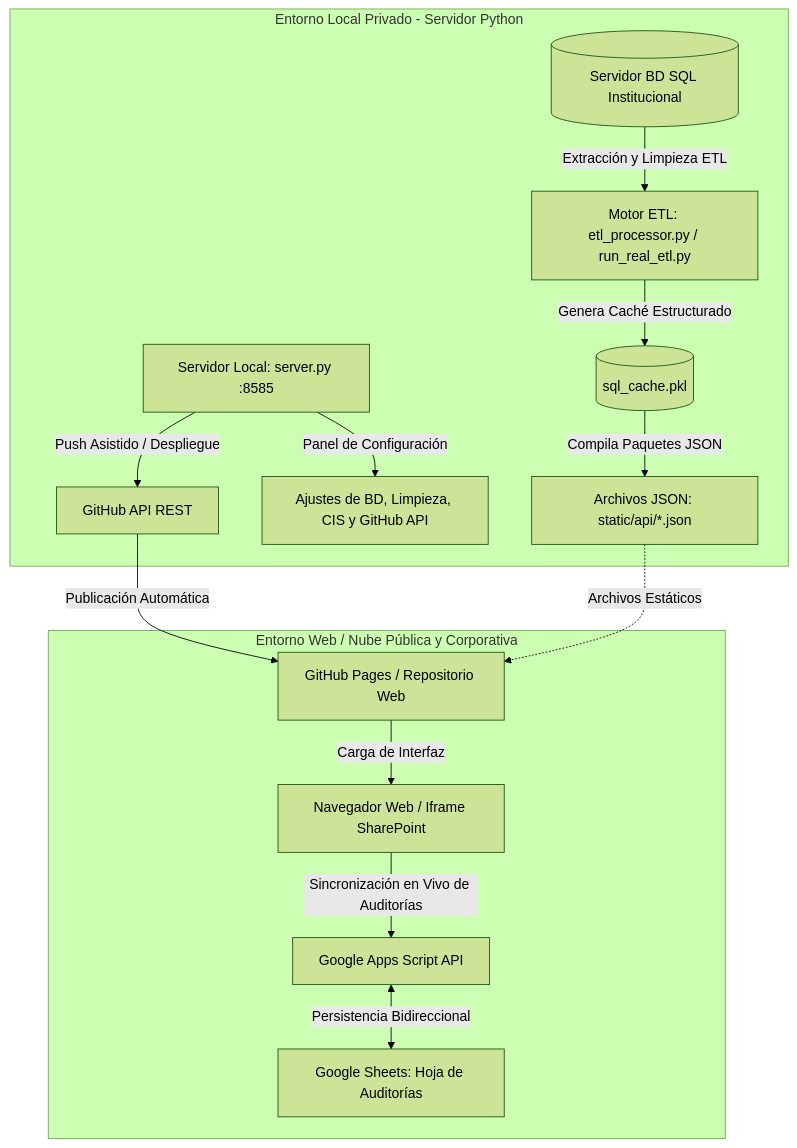
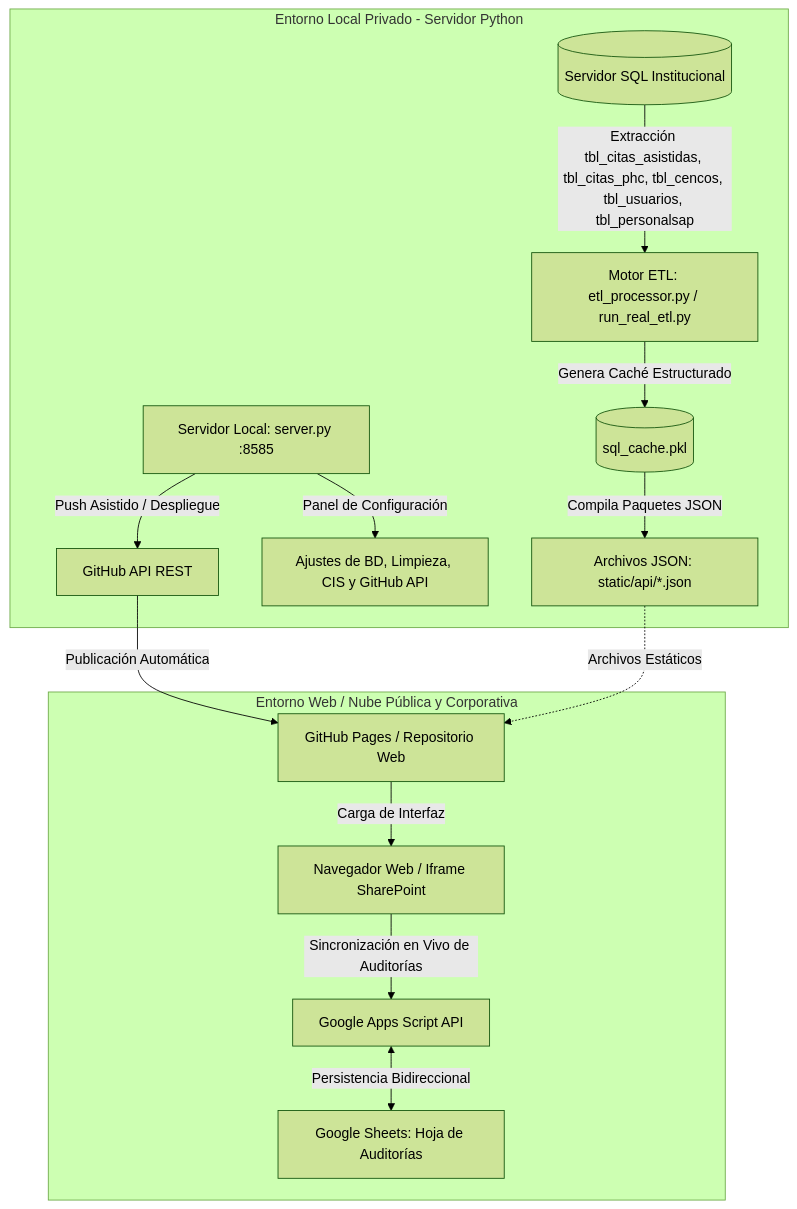
One commit to unionsaludvida2/cierredehistorias changed the first of 2 diagrams in README.md. Above: the diagram before and after it, drawn with Mermaid (forest theme). The commit also changed other lines of this file, not shown here.

Commit message:
v1.02.006: Actualizacion README institucional, eliminacion barra vacia y optimizacion de filtros cencos

````diff
--- a/README.md
+++ b/README.md
@@ -30,18 +52,18 @@
 ```mermaid
 graph TD
     subgraph Entorno Local [Entorno Local Privado - Servidor Python]
-        DB[(Servidor BD SQL Institucional)] -->|Extracción y Limpieza ETL| ETL[Motor ETL: etl_processor.py / run_real_etl.py]
+        DB[(Servidor SQL Institucional)] -->|Extracción tbl_citas_asistidas, tbl_citas_phc, tbl_cencos, tbl_usuarios, tbl_personalsap| ETL[Motor ETL: etl_processor.py / run_real_etl.py]
         ETL -->|Genera Caché Estructurado| PKL[(sql_cache.pkl)]
         PKL -->|Compila Paquetes JSON| JSON_STATIC[Archivos JSON: static/api/*.json]
         SRV[Servidor Local: server.py :8585] -->|Panel de Configuración| CFG[Ajustes de BD, Limpieza, CIS y GitHub API]
         SRV -->|Push Asistido / Despliegue| GH_API[GitHub API REST]
     end
 
     subgraph Nube y Distribución [Entorno Web / Nube Pública y Corporativa]
         GH_API -->|Publicación Automática| GHP[GitHub Pages / Repositorio Web]
         JSON_STATIC -.->|Archivos Estáticos| GHP
         GHP -->|Carga de Interfaz| CLIENT[Navegador Web / Iframe SharePoint]
         CLIENT -->|Sincronización en Vivo de Auditorías| GAS[Google Apps Script API]
         GAS <-->|Persistencia Bidireccional| GSH[Google Sheets: Hoja de Auditorías]
     end
 ```
````
